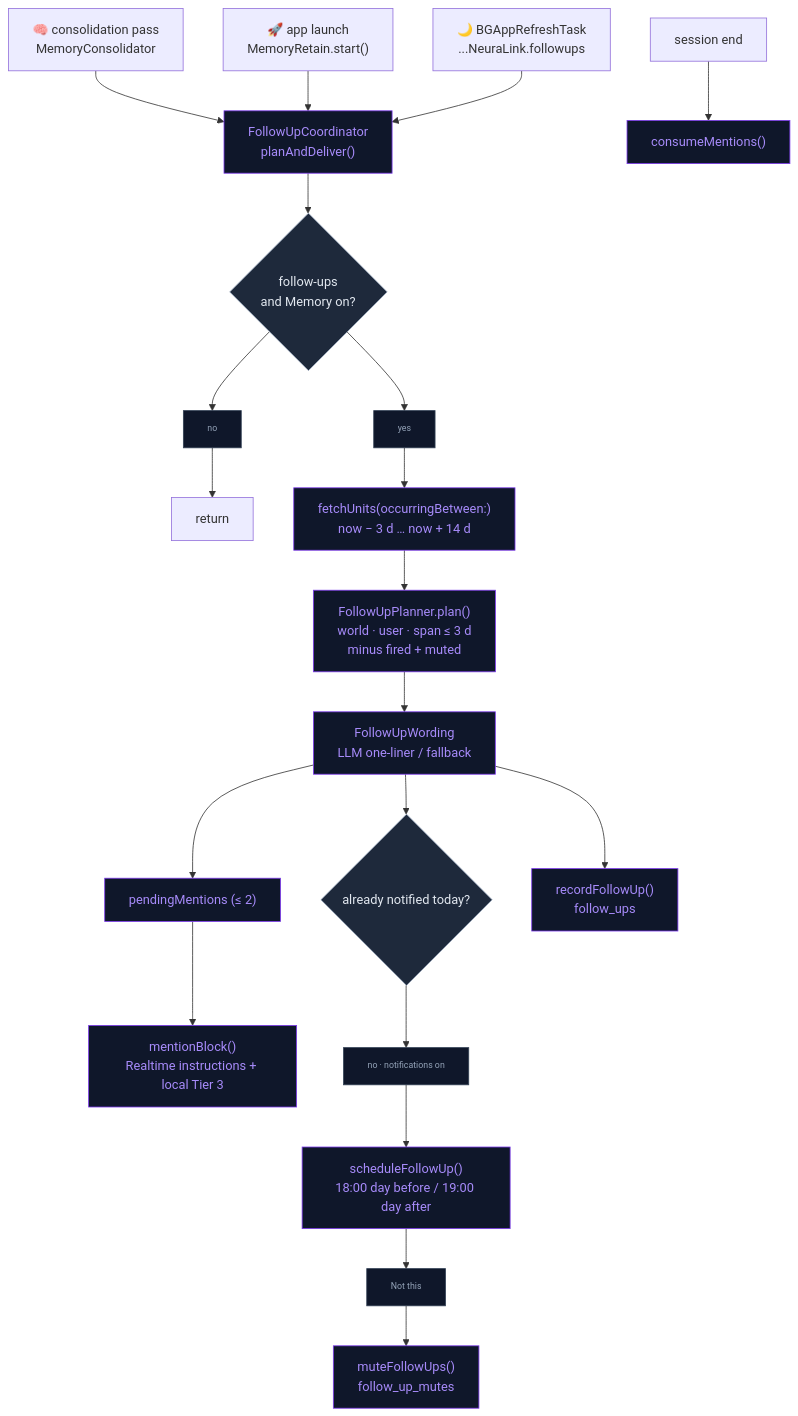
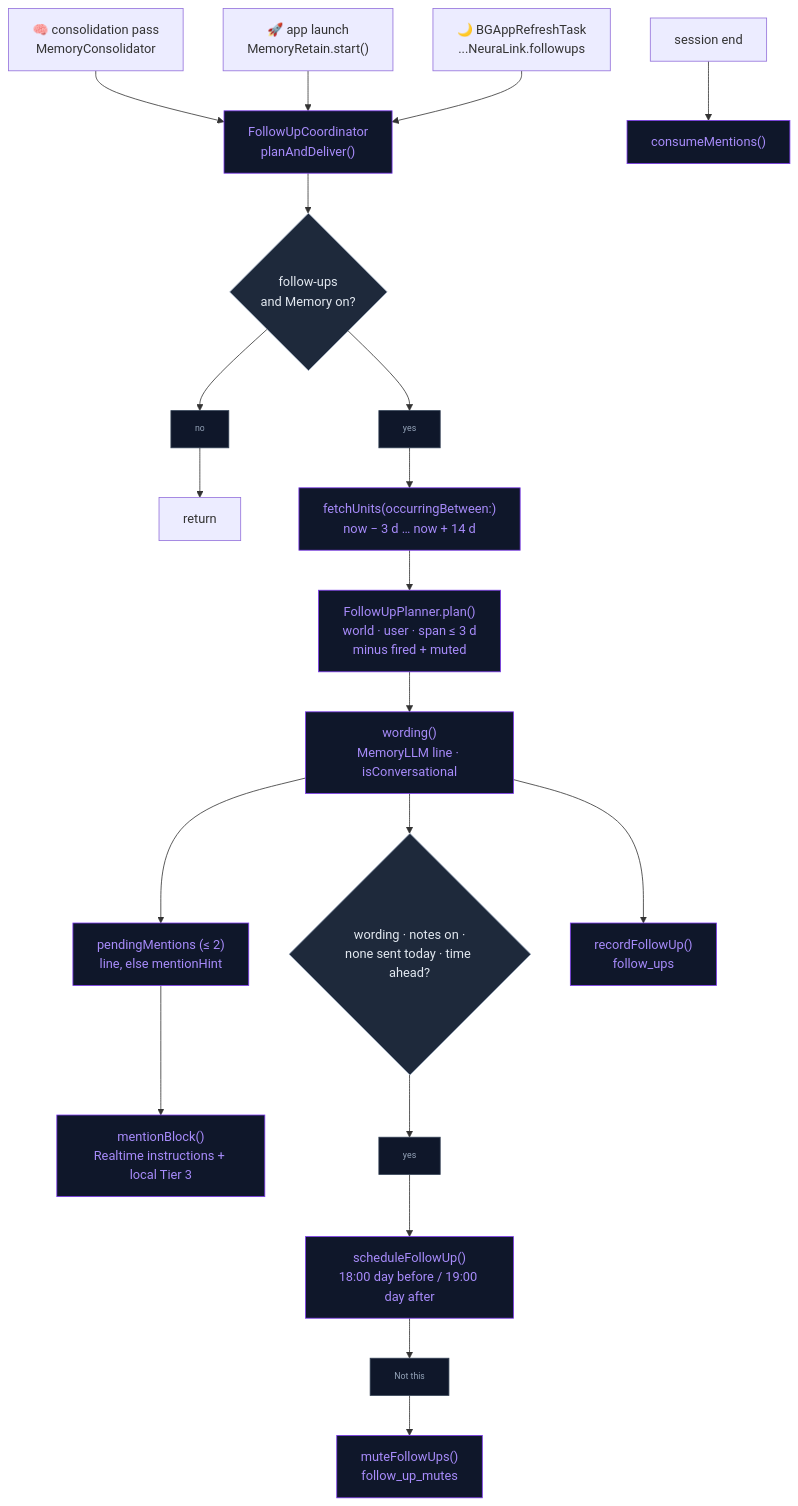
One commit to kevinliddel/NeuraLink changed the first of 2 diagrams in docs/Companion/COMPANION_DEPTH.md. Above: the diagram before and after it, drawn with Mermaid. The commit also changed other lines of this file and 21 other files, not shown here.

````diff
--- a/docs/Companion/COMPANION_DEPTH.md
+++ b/docs/Companion/COMPANION_DEPTH.md
@@ -96,34 +111,34 @@
 ```mermaid
 flowchart TD
     CONS["🧠 consolidation pass<br/>MemoryConsolidator"] --> RUN
     LAUNCH["🚀 app launch<br/>MemoryRetain.start()"] --> RUN
     BG["🌙 BGAppRefreshTask<br/>...NeuraLink.followups"] --> RUN
 
     RUN["FollowUpCoordinator<br/>planAndDeliver()"] --> ON{"follow-ups<br/>and Memory on?"}
     ON --> D1["no"] --> SKIP["return"]
     ON --> D2["yes"] --> QUERY["fetchUnits(occurringBetween:)<br/>now − 3 d … now + 14 d"]
 
     QUERY --> PLAN["FollowUpPlanner.plan()<br/>world · user · span ≤ 3 d<br/>minus fired + muted"]
-    PLAN --> WORD["FollowUpWording<br/>LLM one-liner / fallback"]
+    PLAN --> WORD["wording()<br/>MemoryLLM line · isConversational"]
 
-    WORD --> MENT["pendingMentions (≤ 2)"]
-    WORD --> CAP{"already notified today?"}
+    WORD --> MENT["pendingMentions (≤ 2)<br/>line, else mentionHint"]
+    WORD --> CAP{"wording · notes on ·<br/>none sent today · time ahead?"}
     WORD --> REC["recordFollowUp()<br/>follow_ups"]
 
     MENT --> BLOCK["mentionBlock()<br/>Realtime instructions + local Tier 3"]
-    CAP --> D3["no · notifications on"] --> NOTIF["scheduleFollowUp()<br/>18:00 day before / 19:00 day after"]
+    CAP --> D3["yes"] --> NOTIF["scheduleFollowUp()<br/>18:00 day before / 19:00 day after"]
     NOTIF --> D4["Not this"] --> MUTE["muteFollowUps()<br/>follow_up_mutes"]
 
     END["session end"] --> CLEAR["consumeMentions()"]
 
     %% Styles
     classDef core fill:#0f172a,stroke:#7c3aed,color:#a78bfa
     classDef decision fill:#1e293b,stroke:#94a3b8,color:#e2e8f0
 
     class RUN,QUERY,PLAN,WORD,MENT,BLOCK,NOTIF,REC,MUTE,CLEAR core
     class ON,CAP decision
 
     %% Data nodes (consistent system-wide)
     classDef data fill:#0f172a,stroke:#334155,color:#94a3b8,font-size:11px
     class D1,D2,D3,D4 data
 ```
````
